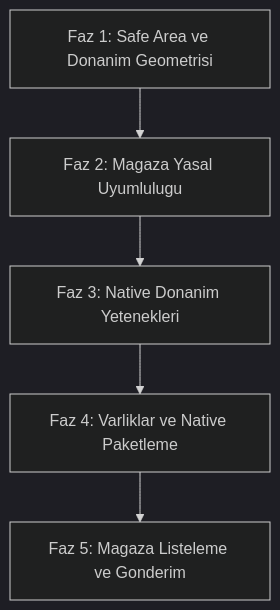
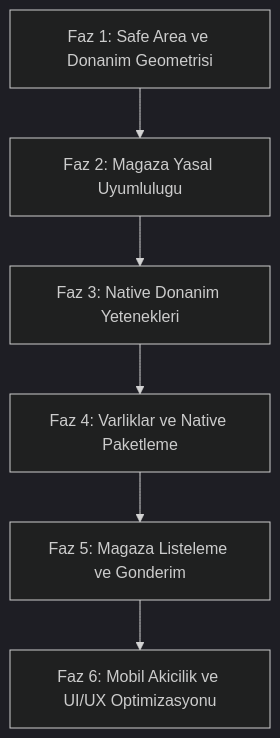
Before and after one commit to sandrotonal/KAPSULE: the diagram in STORE-YAYINLAMA-YOL-HARITASI.md, drawn with Mermaid (dark theme). The commit also changed other lines of this file and 110 other files, not shown here.

Commit message:
feat: native ios bottom sheet spring physics, content retention on exit, pull-to-refresh, unboxed phosphor glyphs and store roadmap phase 6

````diff
--- a/STORE-YAYINLAMA-YOL-HARITASI.md
+++ b/STORE-YAYINLAMA-YOL-HARITASI.md
@@ -23,7 +24,8 @@
 ```mermaid
 graph TD
     A[Faz 1: Safe Area ve Donanim Geometrisi] --> B[Faz 2: Magaza Yasal Uyumlulugu]
     B --> C[Faz 3: Native Donanim Yetenekleri]
     C --> D[Faz 4: Varliklar ve Native Paketleme]
     D --> E[Faz 5: Magaza Listeleme ve Gonderim]
+    E --> F[Faz 6: Mobil Akicilik ve UI/UX Optimizasyonu]
 ```
````
